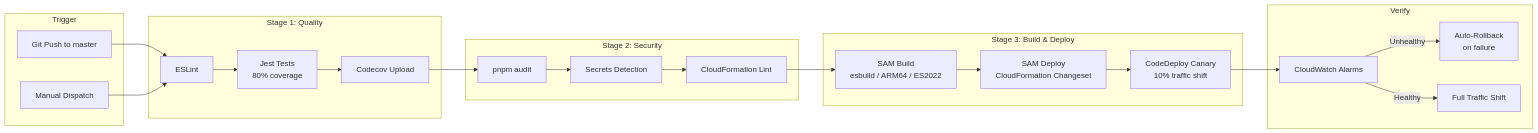
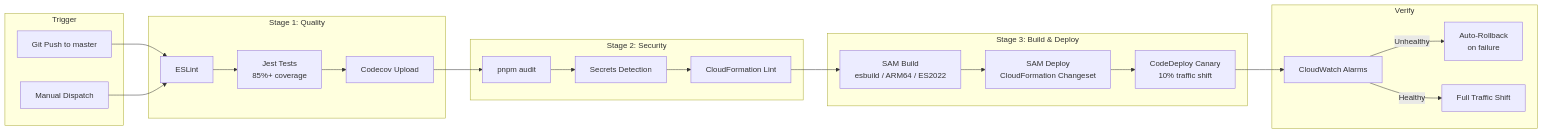
One commit to 1terr/Lynia-finance changed the third of 5 diagrams in docs/architecture/AWS-ARCHITECTURE.md. Above: the diagram before and after it, drawn with Mermaid. The commit also changed other lines of this file and 3 other files, not shown here.

````diff
--- a/docs/architecture/AWS-ARCHITECTURE.md
+++ b/docs/architecture/AWS-ARCHITECTURE.md
@@ -169,38 +184,38 @@
 ```mermaid
 graph LR
     subgraph Trigger
         Push[Git Push to master]
         Manual[Manual Dispatch]
     end
 
     subgraph Stage1["Stage 1: Quality"]
         Lint[ESLint]
-        Test[Jest Tests<br/>80% coverage]
+        Test[Jest Tests<br/>85%+ coverage]
         Coverage[Codecov Upload]
     end
 
     subgraph Stage2["Stage 2: Security"]
         Audit[pnpm audit]
         Secrets[Secrets Detection]
         CfnLint[CloudFormation Lint]
     end
 
     subgraph Stage3["Stage 3: Build & Deploy"]
         Build[SAM Build<br/>esbuild / ARM64 / ES2022]
         Deploy[SAM Deploy<br/>CloudFormation Changeset]
         Canary[CodeDeploy Canary<br/>10% traffic shift]
     end
 
     subgraph Verify
         Alarm[CloudWatch Alarms]
         Rollback[Auto-Rollback<br/>on failure]
         Complete[Full Traffic Shift]
     end
 
     Push & Manual --> Lint --> Test --> Coverage
     Coverage --> Audit --> Secrets --> CfnLint
     CfnLint --> Build --> Deploy --> Canary
     Canary --> Alarm
     Alarm -->|Healthy| Complete
     Alarm -->|Unhealthy| Rollback
 ```
````
